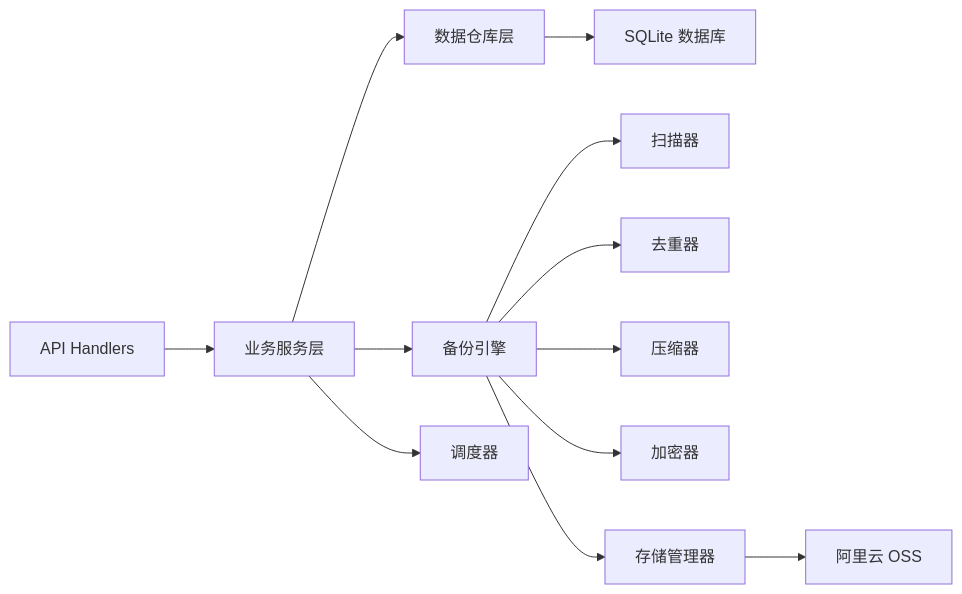
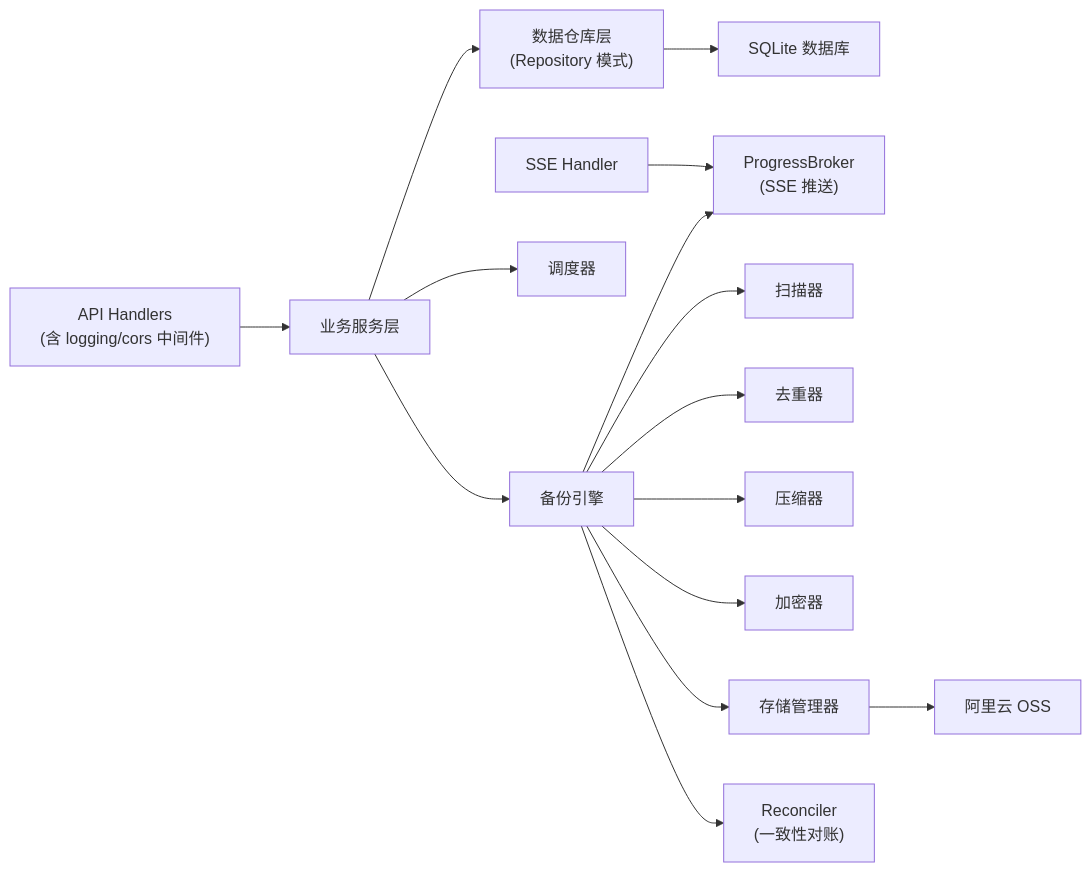
Before and after one commit to jacobz6/nasbkup: the second of 3 diagrams in .trae/documents/tech-architecture.md, drawn with Mermaid. The commit also changed other lines of this file and 15 other files, not shown here.

````diff
--- a/.trae/documents/tech-architecture.md
+++ b/.trae/documents/tech-architecture.md
@@ -268,14 +363,17 @@
 ```mermaid
 flowchart LR
-    A["API Handlers"] --> B["业务服务层"]
-    B --> C["数据仓库层"]
+    A["API Handlers<br/>(含 logging/cors 中间件)"] --> B["业务服务层"]
+    B --> C["数据仓库层<br/>(Repository 模式)"]
     C --> D["SQLite 数据库"]
     B --> E["备份引擎"]
+    E --> PB["ProgressBroker<br/>(SSE 推送)"]
     E --> F["扫描器"]
     E --> G["去重器"]
     E --> H["压缩器"]
     E --> I["加密器"]
     E --> J["存储管理器"]
+    E --> REC["Reconciler<br/>(一致性对账)"]
     J --> K["阿里云 OSS"]
     B --> L["调度器"]
+    API["SSE Handler"] --> PB
 ```
````
